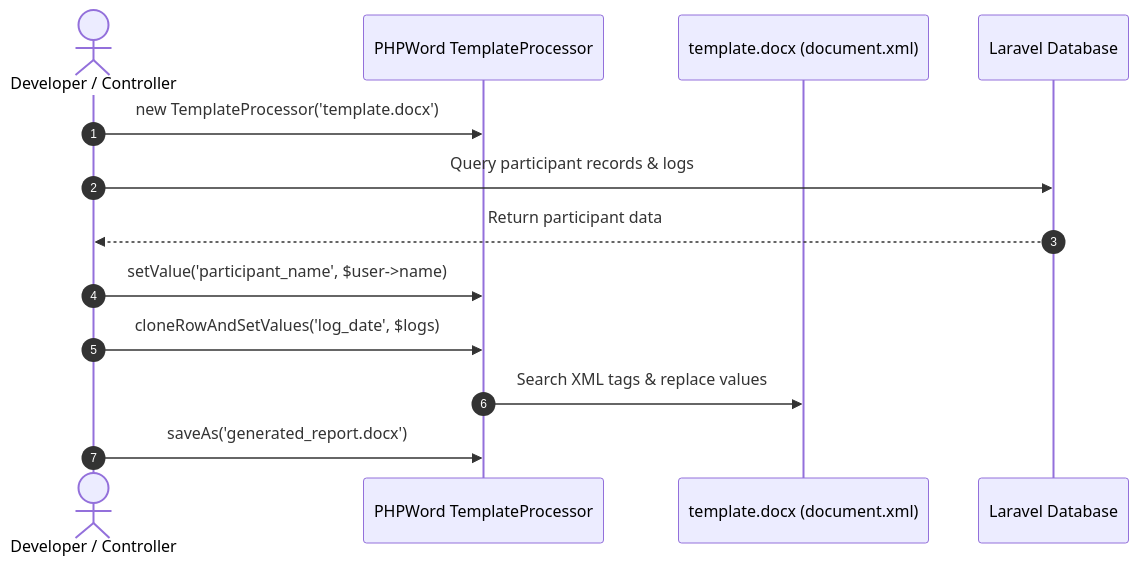
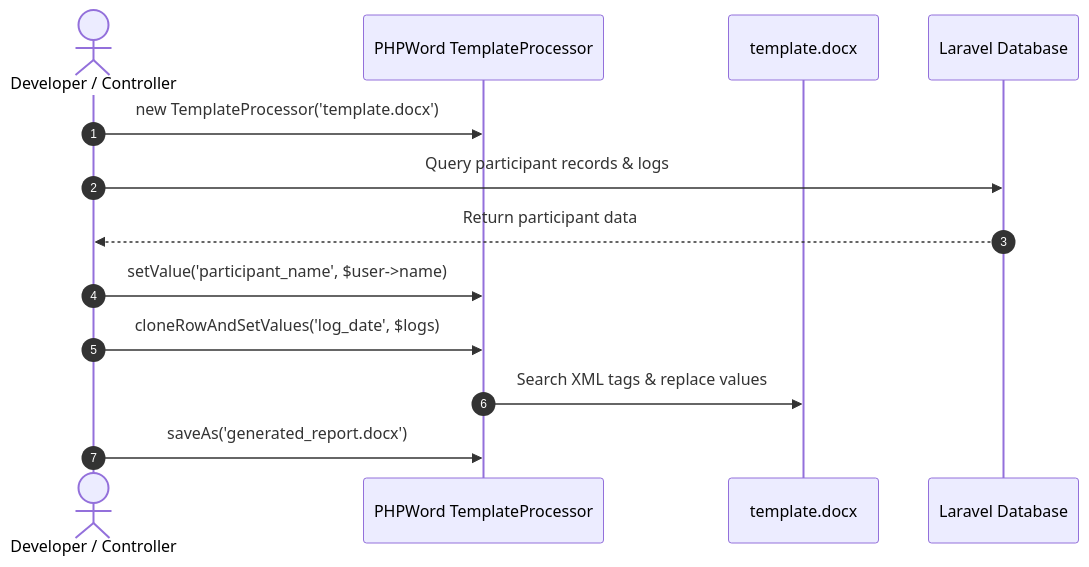
The diagram in docs/dev-notes/working-with-phpword/02-docx-variable-placeholders.md (BKF521/pgy-docs), drawn with Mermaid before and after one commit. The commit also changed other lines of this file and 13 other files, not shown here.

````diff
--- a/docs/dev-notes/working-with-phpword/02-docx-variable-placeholders.md
+++ b/docs/dev-notes/working-with-phpword/02-docx-variable-placeholders.md
@@ -7,16 +7,16 @@
 ```mermaid
 sequenceDiagram
     autonumber
     actor Dev as Developer / Controller
     participant TP as PHPWord TemplateProcessor
-    participant Docx as template.docx (document.xml)
+    participant Docx as template.docx
     participant DB as Laravel Database
 
     Dev->>TP: new TemplateProcessor('template.docx')
     Dev->>DB: Query participant records & logs
     DB-->>Dev: Return participant data
     Dev->>TP: setValue('participant_name', $user->name)
     Dev->>TP: cloneRowAndSetValues('log_date', $logs)
     TP->>Docx: Search XML tags & replace values
     Dev->>TP: saveAs('generated_report.docx')
 ```
````
